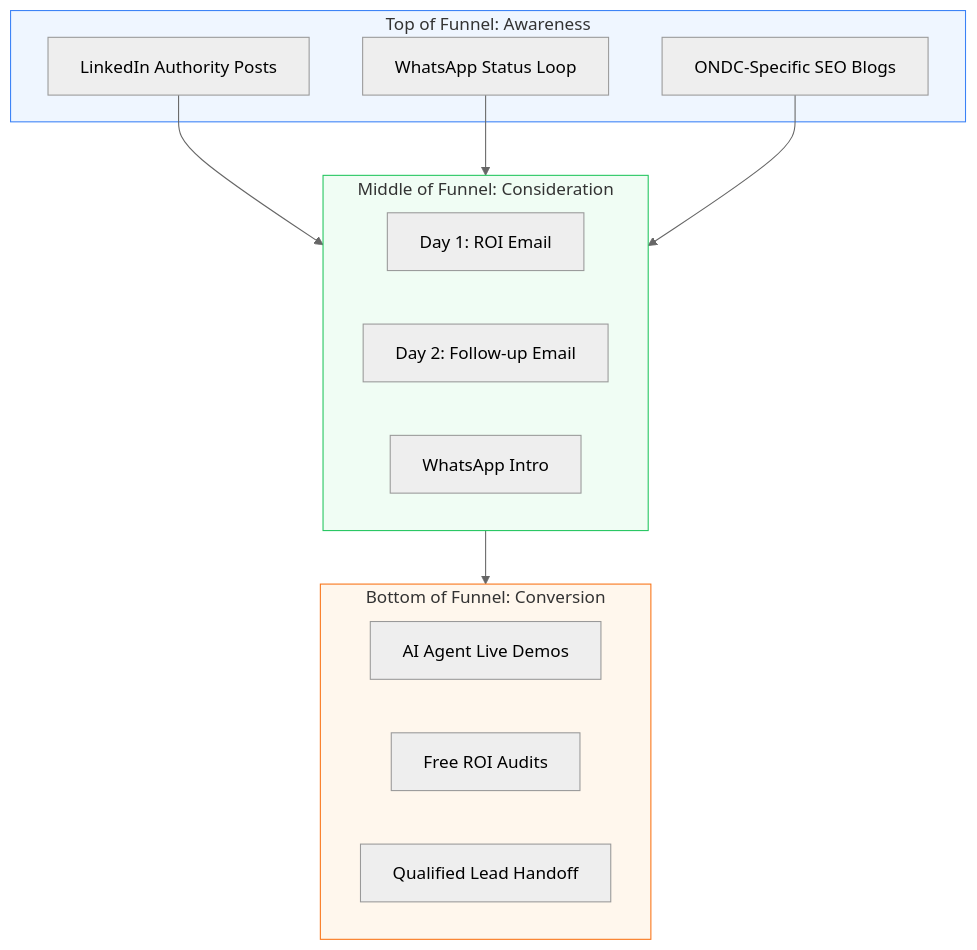
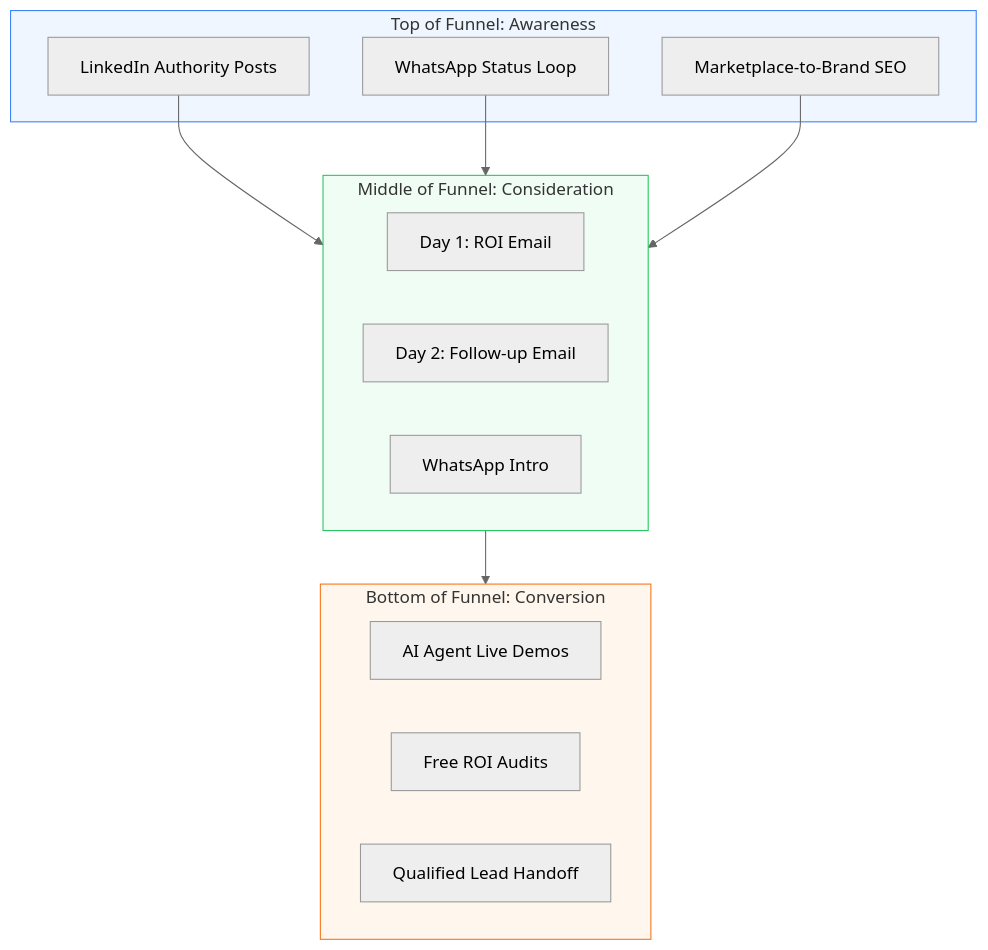
Before and after one commit to tejasahirrao1103/Nexsol-Web-Dev-Docs: the diagram in Nexsol-Nexus/01-Shared-Operations/Marketing-The-Authority-Funnel.md, drawn with Mermaid (neutral theme). The commit also changed other lines of this file and 7 other files, not shown here.

````diff
--- a/Nexsol-Nexus/01-Shared-Operations/Marketing-The-Authority-Funnel.md
+++ b/Nexsol-Nexus/01-Shared-Operations/Marketing-The-Authority-Funnel.md
@@ -10,29 +10,29 @@
 ```mermaid
 graph TD
     subgraph TOFU [Top of Funnel: Awareness]
         LI[LinkedIn Authority Posts]
         WA[WhatsApp Status Loop]
-        SEO[ONDC-Specific SEO Blogs]
+        SEO[Marketplace-to-Brand SEO]
     end
     
     subgraph MOFU [Middle of Funnel: Consideration]
         D1[Day 1: ROI Email]
         D2[Day 2: Follow-up Email]
         WA_Intro[WhatsApp Intro]
     end
     
     subgraph BOFU [Bottom of Funnel: Conversion]
         Demo[AI Agent Live Demos]
         Audit[Free ROI Audits]
         Handoff[Qualified Lead Handoff]
     end
     
     LI --> MOFU
     WA --> MOFU
     SEO --> MOFU
     MOFU --> BOFU
     
     style TOFU fill:#eff6ff,stroke:#3b82f6
     style MOFU fill:#f0fdf4,stroke:#22c55e
     style BOFU fill:#fff7ed,stroke:#f97316
 ```
````
